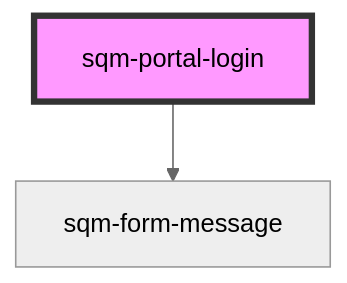
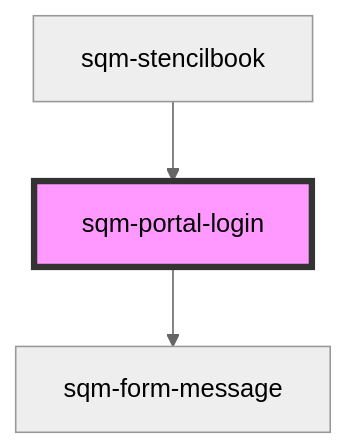
The diagram in packages/mint-components/src/components/sqm-portal-login/readme.md (saasquatch/program-tools), drawn with Mermaid (neutral theme) before and after one commit. The commit also changed other lines of this file and 9 other files, not shown here.

````diff
--- a/packages/mint-components/src/components/sqm-portal-login/readme.md
+++ b/packages/mint-components/src/components/sqm-portal-login/readme.md
@@ -29,5 +33,6 @@
 ```mermaid
 graph TD;
   sqm-portal-login --> sqm-form-message
+  sqm-stencilbook --> sqm-portal-login
   style sqm-portal-login fill:#f9f,stroke:#333,stroke-width:4px
 ```
````
